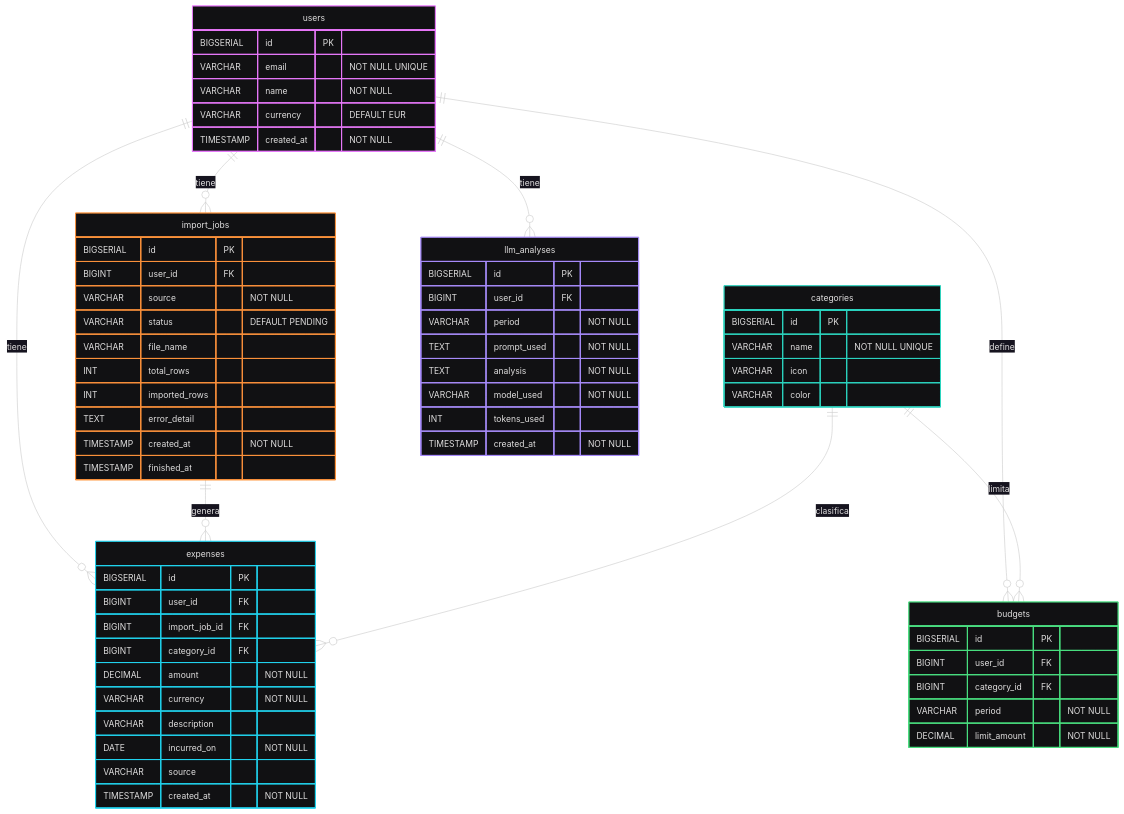
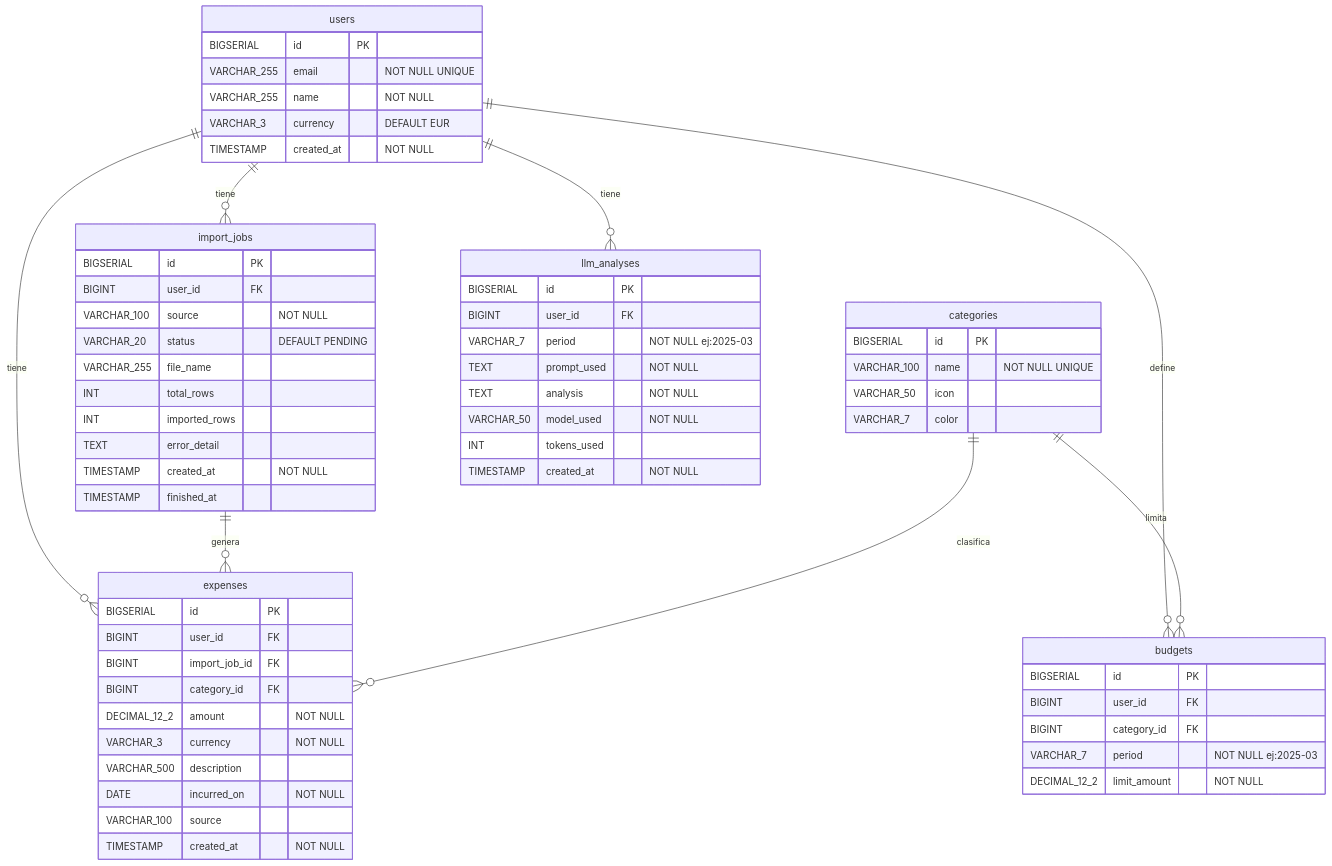
One commit to maaaaquiiii/Aureus changed the diagram in README.md. Above: the diagram before and after it, drawn with Mermaid. The commit also changed other lines of this file, not shown here.

Commit message:
update README: add data model shcema

````diff
--- a/README.md
+++ b/README.md
@@ -1,74 +5,70 @@
 ```mermaid
----
-config:
-  theme: redux-dark-color
----
 erDiagram
     users {
         BIGSERIAL id PK
-        VARCHAR email "NOT NULL UNIQUE"
-        VARCHAR name "NOT NULL"
-        VARCHAR currency "DEFAULT EUR"
+        VARCHAR_255 email "NOT NULL UNIQUE"
+        VARCHAR_255 name "NOT NULL"
+        VARCHAR_3 currency "DEFAULT EUR"
         TIMESTAMP created_at "NOT NULL"
     }
 
     categories {
         BIGSERIAL id PK
-        VARCHAR name "NOT NULL UNIQUE"
-        VARCHAR icon
-        VARCHAR color
+        VARCHAR_100 name "NOT NULL UNIQUE"
+        VARCHAR_50 icon
+        VARCHAR_7 color
     }
 
     import_jobs {
         BIGSERIAL id PK
         BIGINT user_id FK
-        VARCHAR source "NOT NULL"
-        VARCHAR status "DEFAULT PENDING"
-        VARCHAR file_name
+        VARCHAR_100 source "NOT NULL"
+        VARCHAR_20 status "DEFAULT PENDING"
+        VARCHAR_255 file_name
         INT total_rows
         INT imported_rows
         TEXT error_detail
         TIMESTAMP created_at "NOT NULL"
         TIMESTAMP finished_at
     }
 
     expenses {
         BIGSERIAL id PK
         BIGINT user_id FK
         BIGINT import_job_id FK
         BIGINT category_id FK
-        DECIMAL amount "NOT NULL"
-        VARCHAR currency "NOT NULL"
-        VARCHAR description
+        DECIMAL_12_2 amount "NOT NULL"
+        VARCHAR_3 currency "NOT NULL"
+        VARCHAR_500 description
         DATE incurred_on "NOT NULL"
-        VARCHAR source
+        VARCHAR_100 source
         TIMESTAMP created_at "NOT NULL"
     }
 
     budgets {
         BIGSERIAL id PK
         BIGINT user_id FK
         BIGINT category_id FK
-        VARCHAR period "NOT NULL"
-        DECIMAL limit_amount "NOT NULL"
+        VARCHAR_7 period "NOT NULL ej:2025-03"
+        DECIMAL_12_2 limit_amount "NOT NULL"
     }
 
     llm_analyses {
         BIGSERIAL id PK
         BIGINT user_id FK
-        VARCHAR period "NOT NULL"
+        VARCHAR_7 period "NOT NULL ej:2025-03"
         TEXT prompt_used "NOT NULL"
         TEXT analysis "NOT NULL"
-        VARCHAR model_used "NOT NULL"
+        VARCHAR_50 model_used "NOT NULL"
         INT tokens_used
         TIMESTAMP created_at "NOT NULL"
     }
 
     users ||--o{ import_jobs : "tiene"
     users ||--o{ expenses : "tiene"
+    users ||--o{ llm_analyses : "tiene"
     users ||--o{ budgets : "define"
-    users ||--o{ llm_analyses : "tiene"
     import_jobs ||--o{ expenses : "genera"
     categories ||--o{ expenses : "clasifica"
     categories ||--o{ budgets : "limita"
 ```
````
